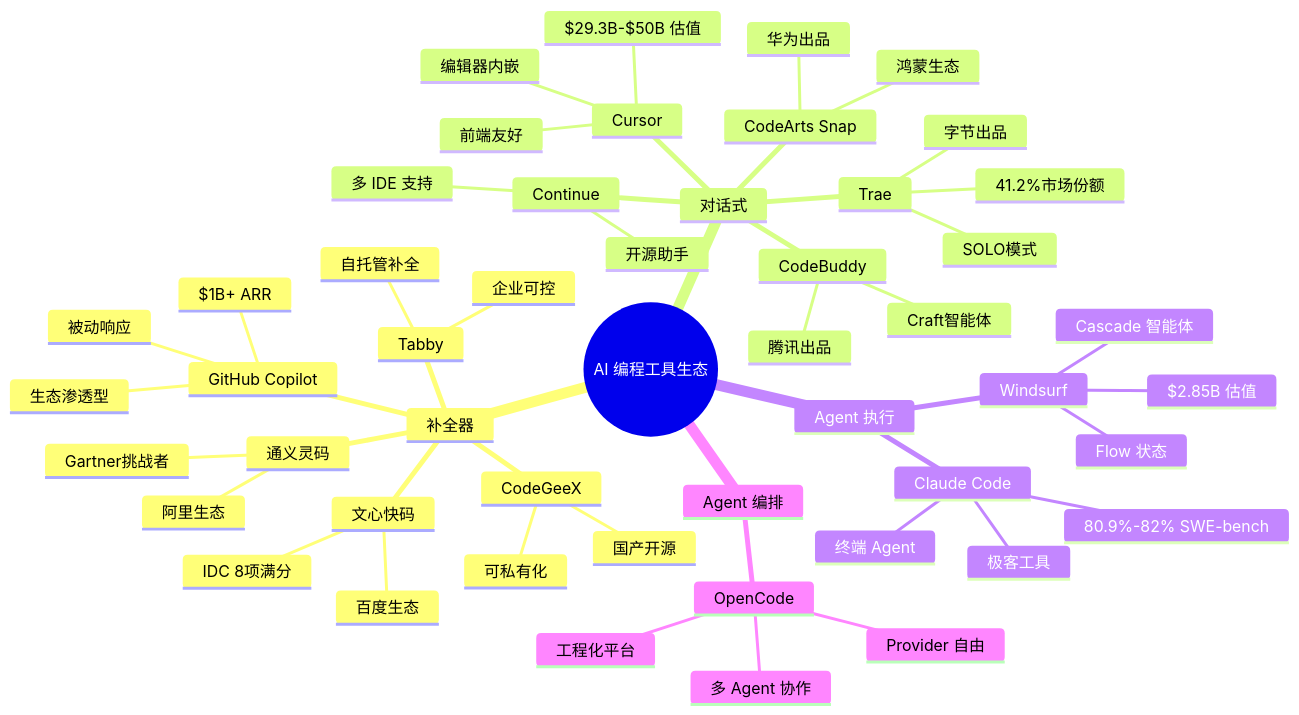
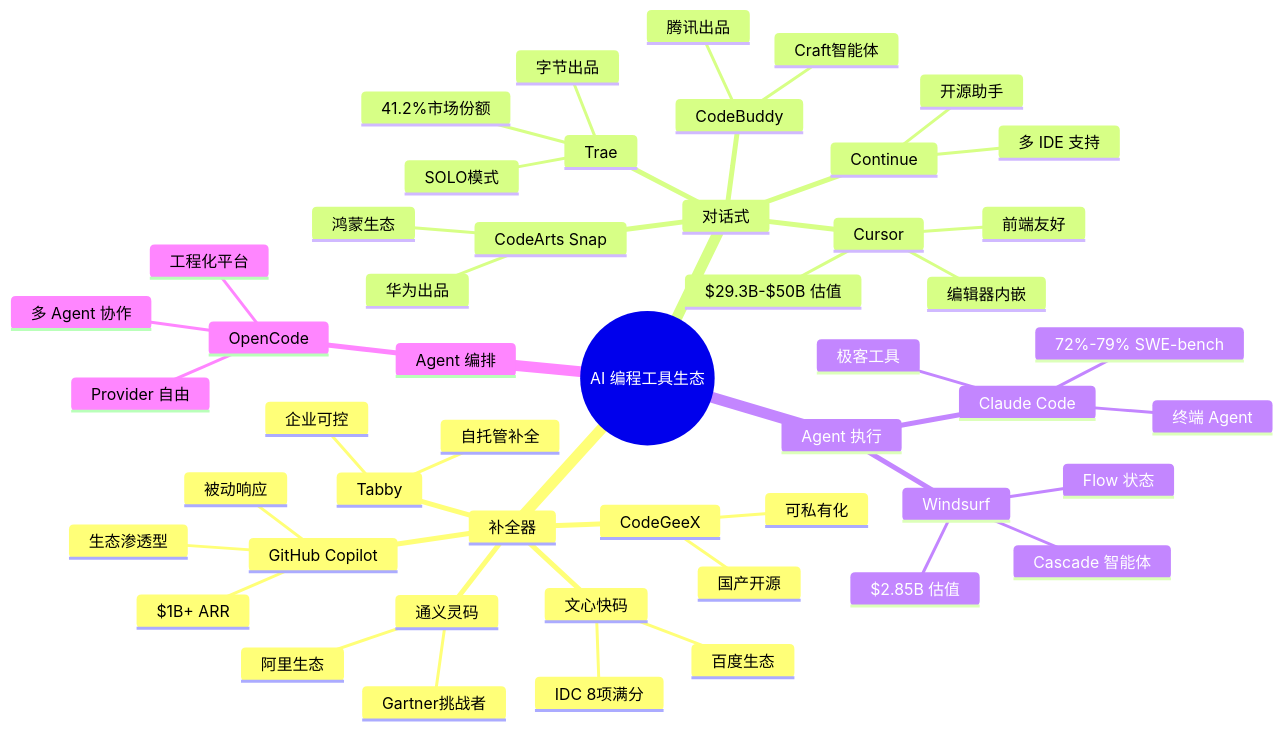
Before and after one commit to tonydeng/harness-engineering-from-oc-to-ai-coding: the first of 6 diagrams in src/01-introduction/why-opencode.md, drawn with Mermaid. The commit also changed other lines of this file and 39 other files, not shown here.

````diff
--- a/src/01-introduction/why-opencode.md
+++ b/src/01-introduction/why-opencode.md
@@ -123,53 +125,53 @@
 ```mermaid
 mindmap
   root((AI 编程工具生态))
     补全器
       GitHub Copilot
         生态渗透型
         被动响应
         $1B+ ARR
       Tabby
         自托管补全
         企业可控
       CodeGeeX
         国产开源
         可私有化
       通义灵码
         阿里生态
         Gartner挑战者
       文心快码
         百度生态
         IDC 8项满分
     对话式
       Cursor
         编辑器内嵌
         前端友好
         $29.3B-$50B 估值
       Continue
         开源助手
         多 IDE 支持
       Trae
         字节出品
         41.2%市场份额
         SOLO模式
       CodeBuddy
         腾讯出品
         Craft智能体
       CodeArts Snap
         华为出品
         鸿蒙生态
     Agent 执行
       Claude Code
         终端 Agent
         极客工具
-        80.9%-82% SWE-bench
+        72%-79% SWE-bench
       Windsurf
         Cascade 智能体
         Flow 状态
         $2.85B 估值
     Agent 编排
       OpenCode
         工程化平台
         多 Agent 协作
         Provider 自由
 ```
````
